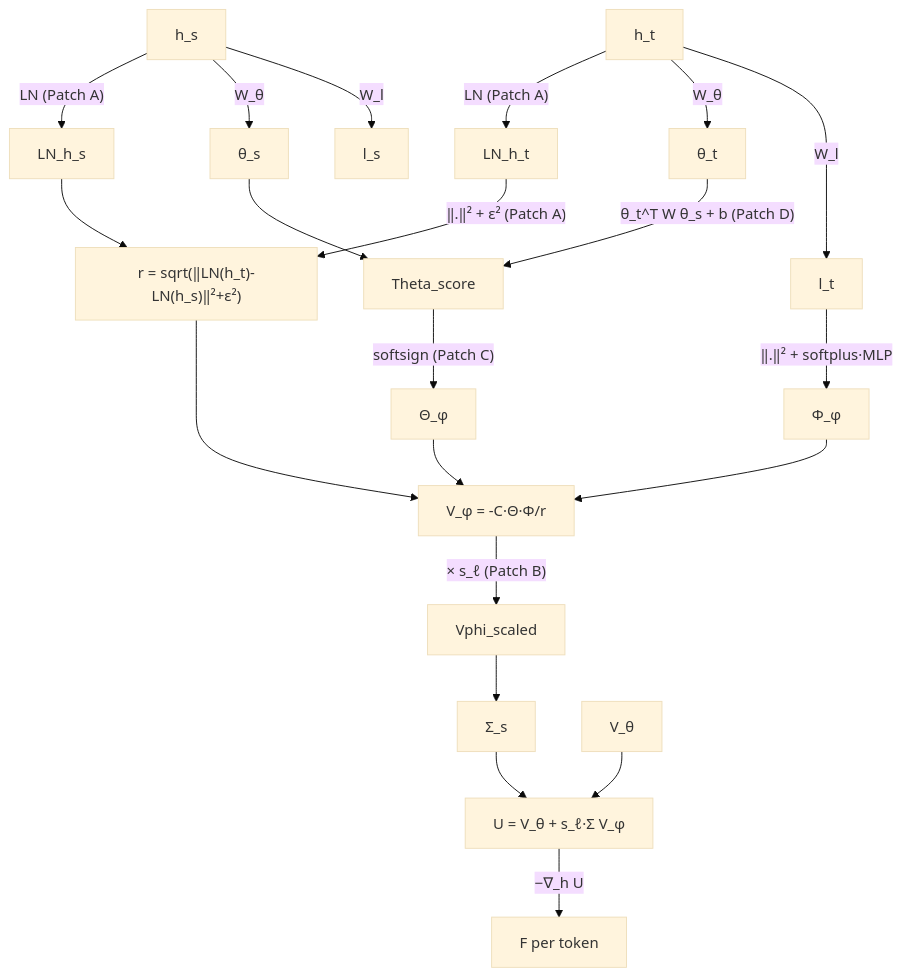
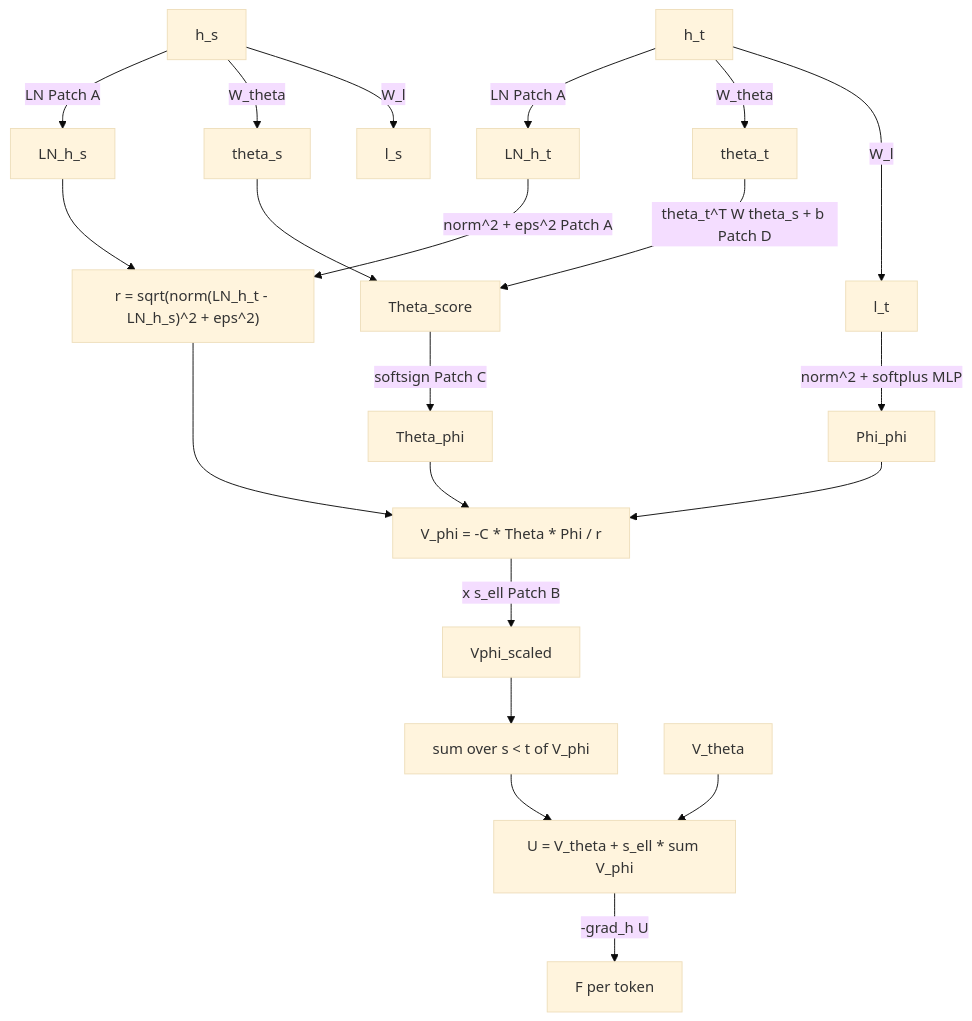
The fourth of 5 diagrams in companion_notes/PARF_Augmented_SPLM_Architecture_v2.md (dimitarpg13/semsimula-paper), drawn with Mermaid (base theme) before and after one commit. The commit also changed other lines of this file and 1 other file, not shown here.

First line of the commit message:
Fix GitHub rendering in PARF_Augmented_SPLM_Architecture and remove duplicate

````diff
--- a/companion_notes/PARF_Augmented_SPLM_Architecture_v2.md
+++ b/companion_notes/PARF_Augmented_SPLM_Architecture_v2.md
@@ -818,23 +815,23 @@
 ```mermaid
 flowchart TD
     h_t[h_t] -- W_l --> l_t
     h_s[h_s] -- W_l --> l_s
-    h_t -- W_θ --> th_t[θ_t]
-    h_s -- W_θ --> th_s[θ_s]
-    h_t -- LN (Patch A) --> hLN_t[LN_h_t]
-    h_s -- LN (Patch A) --> hLN_s[LN_h_s]
-    l_t -- "‖.‖² + softplus·MLP" --> Phi[Φ_φ]
-    th_t -- "θ_t^T W θ_s + b (Patch D)" --> Theta_score
+    h_t -- W_theta --> th_t[theta_t]
+    h_s -- W_theta --> th_s[theta_s]
+    h_t -- LN Patch A --> hLN_t[LN_h_t]
+    h_s -- LN Patch A --> hLN_s[LN_h_s]
+    l_t -- "norm^2 + softplus MLP" --> Phi[Phi_phi]
+    th_t -- "theta_t^T W theta_s + b Patch D" --> Theta_score
     th_s --> Theta_score
-    Theta_score -- "softsign (Patch C)" --> Theta[Θ_φ]
-    hLN_t -- "‖.‖² + ε² (Patch A)" --> r["r = sqrt(‖LN(h_t)-LN(h_s)‖²+ε²)"]
+    Theta_score -- "softsign Patch C" --> Theta[Theta_phi]
+    hLN_t -- "norm^2 + eps^2 Patch A" --> r["r = sqrt(norm(LN_h_t - LN_h_s)^2 + eps^2)"]
     hLN_s --> r
     Theta --> Vphi
     Phi --> Vphi
-    r --> Vphi[V_φ = -C·Θ·Φ/r]
-    Vphi -- "× s_ℓ (Patch B)" --> Vphi_scaled
-    Vphi_scaled --> sumS[Σ_s<t V_φ]
-    Vth[V_θ] --> sumU[U = V_θ + s_ℓ·Σ V_φ]
+    r --> Vphi["V_phi = -C * Theta * Phi / r"]
+    Vphi -- "x s_ell Patch B" --> Vphi_scaled
+    Vphi_scaled --> sumS["sum over s < t of V_phi"]
+    Vth[V_theta] --> sumU["U = V_theta + s_ell * sum V_phi"]
     sumS --> sumU
-    sumU -- "−∇_h U" --> F_total[F per token]
+    sumU -- "-grad_h U" --> F_total[F per token]
 ```
````
